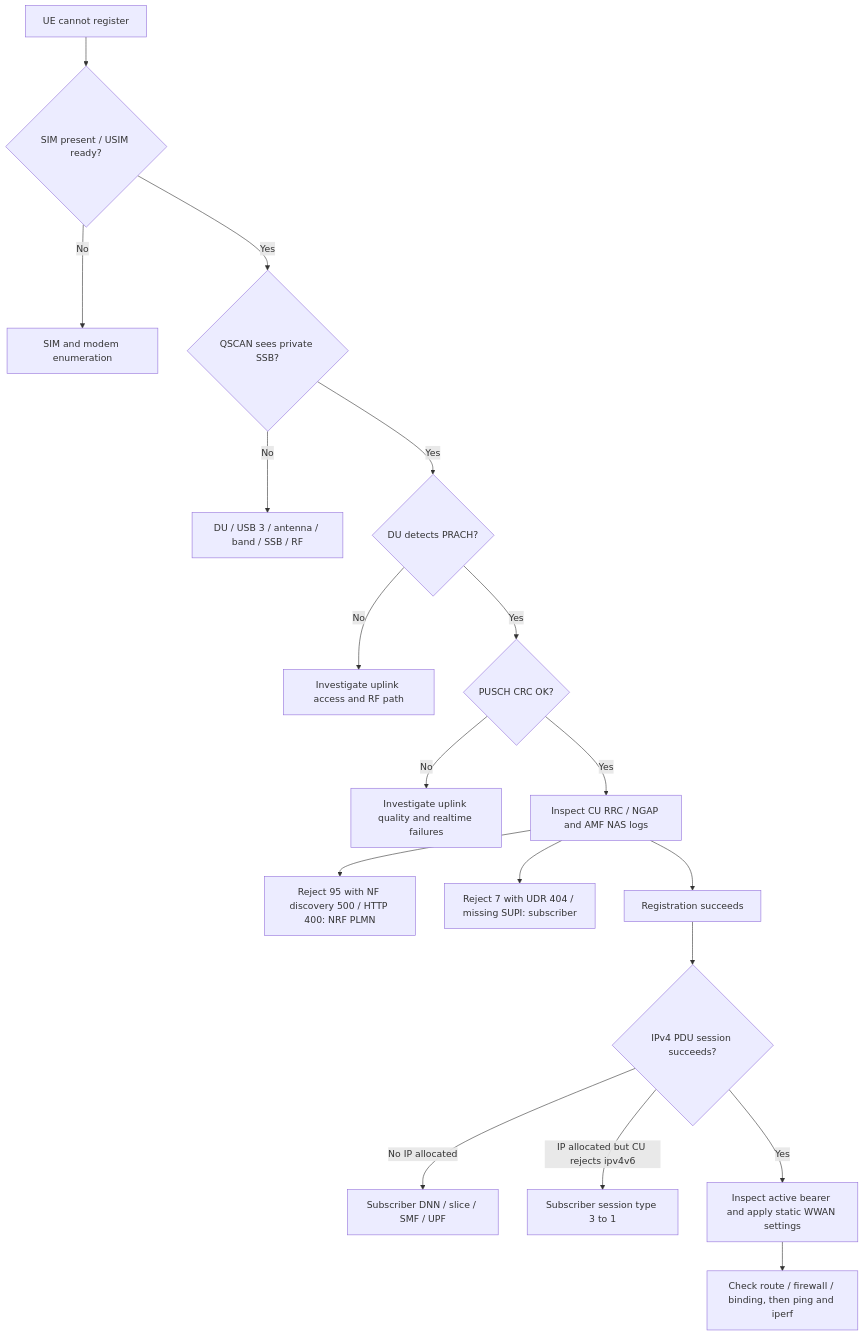
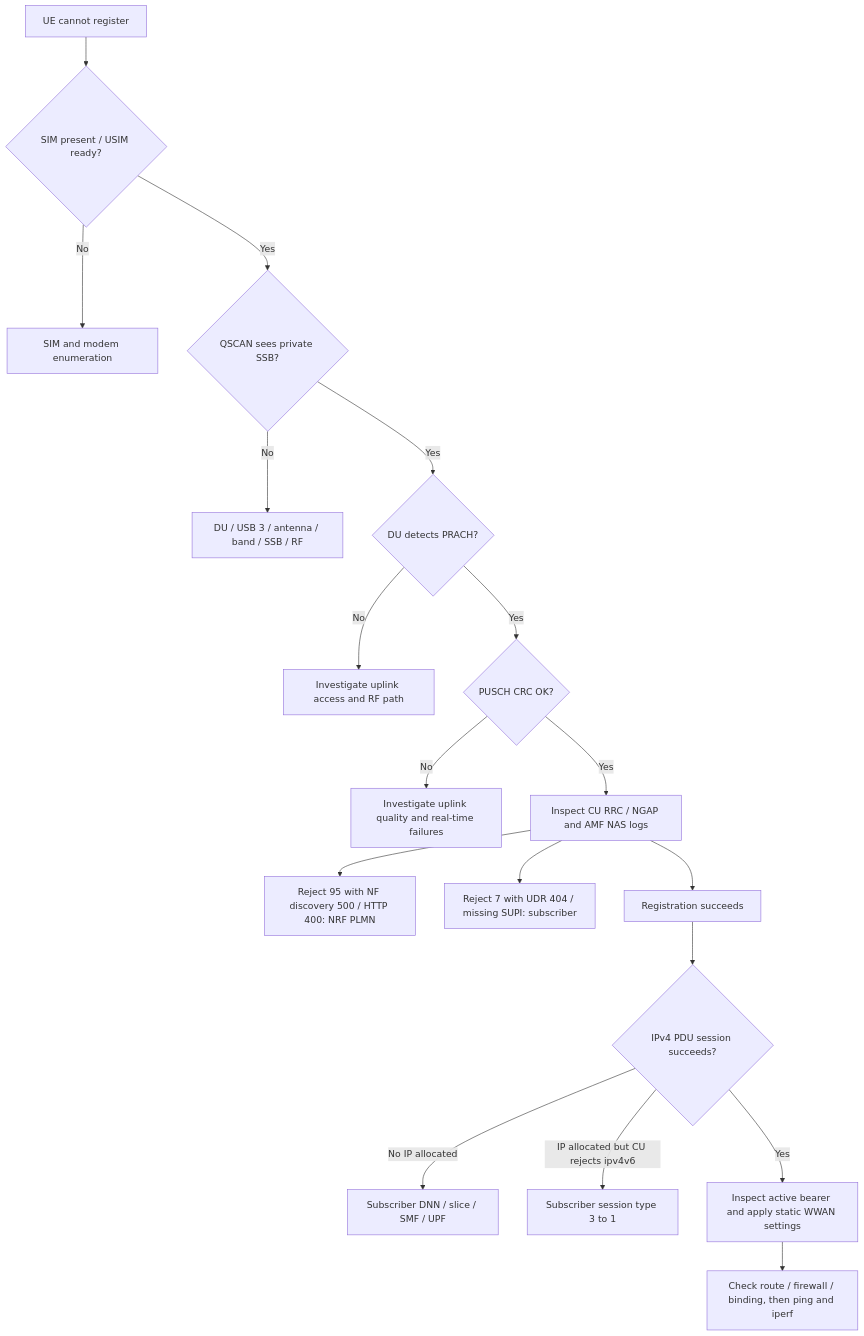
The diagram in docs/troubleshooting/2026-10-05_sa_bringup.md (Ruibin2000/Falcomm), drawn with Mermaid before and after one commit. The commit also changed other lines of this file and 8 other files, not shown here.

````diff
--- a/docs/troubleshooting/2026-10-05_sa_bringup.md
+++ b/docs/troubleshooting/2026-10-05_sa_bringup.md
@@ -7,20 +7,20 @@
 ```mermaid
 flowchart TD
     Start[UE cannot register] --> SIM{SIM present / USIM ready?}
     SIM -->|No| USB[SIM and modem enumeration]
     SIM -->|Yes| Scan{QSCAN sees private SSB?}
     Scan -->|No| RF[DU / USB 3 / antenna / band / SSB / RF]
     Scan -->|Yes| PRACH{DU detects PRACH?}
     PRACH -->|No| UL[Investigate uplink access and RF path]
     PRACH -->|Yes| CRC{PUSCH CRC OK?}
-    CRC -->|No| Quality[Investigate uplink quality and realtime failures]
+    CRC -->|No| Quality[Investigate uplink quality and real-time failures]
     CRC -->|Yes| Core[Inspect CU RRC / NGAP and AMF NAS logs]
     Core --> NRF[Reject 95 with NF discovery 500 / HTTP 400: NRF PLMN]
     Core --> DB[Reject 7 with UDR 404 / missing SUPI: subscriber]
     Core --> Registered[Registration succeeds]
     Registered --> PDU{IPv4 PDU session succeeds?}
     PDU -->|No IP allocated| DNN[Subscriber DNN / slice / SMF / UPF]
     PDU -->|IP allocated but CU rejects ipv4v6| Type[Subscriber session type 3 to 1]
     PDU -->|Yes| Host[Inspect active bearer and apply static WWAN settings]
     Host --> App[Check route / firewall / binding, then ping and iperf]
 ```
````
